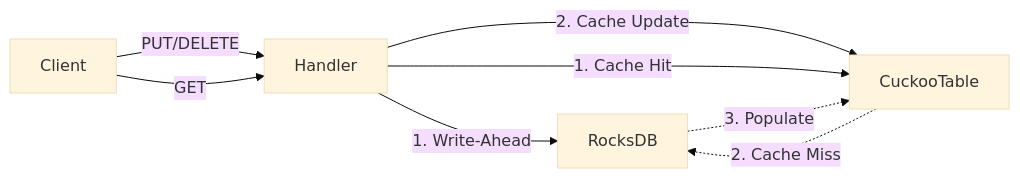
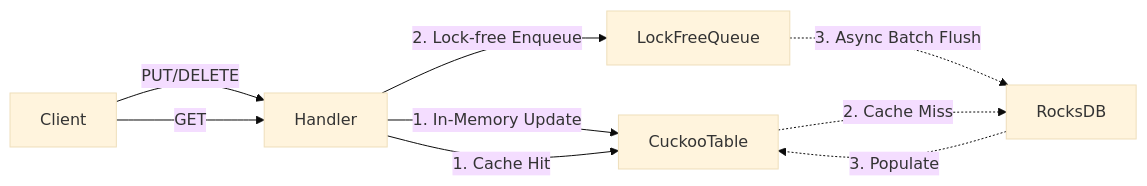
Before and after one commit to AlexanderSlokov/Kallisto: the diagram in README.md, drawn with Mermaid (base theme). The commit also changed other lines of this file, not shown here.

````diff
--- a/README.md
+++ b/README.md
@@ -211,10 +211,11 @@
 ```mermaid
 graph LR
     Client -->|PUT/DELETE| Handler
-    Handler -->|1. Write-Ahead| RocksDB
-    Handler -->|2. Cache Update| CuckooTable
+    Handler -->|1. In-Memory Update| CuckooTable
+    Handler -->|2. Lock-free Enqueue| LockFreeQueue
+    LockFreeQueue -.->|3. Async Batch Flush| RocksDB
     Client -->|GET| Handler
     Handler -->|1. Cache Hit| CuckooTable
     CuckooTable -.->|2. Cache Miss| RocksDB
     RocksDB -.->|3. Populate| CuckooTable
 ```
````
